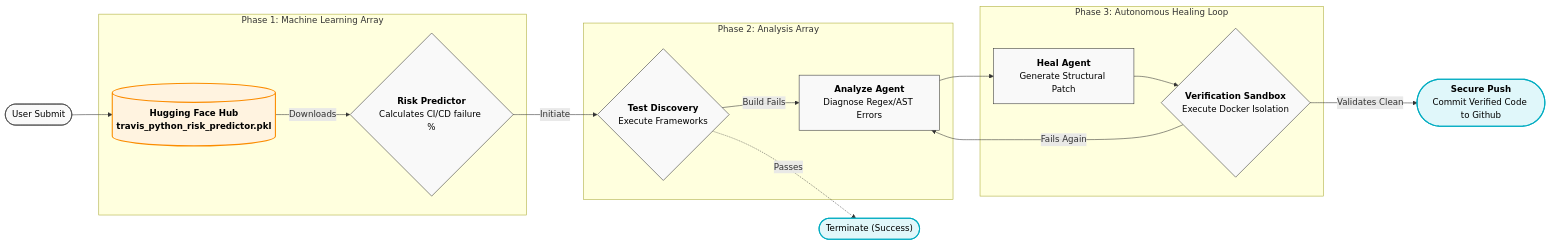
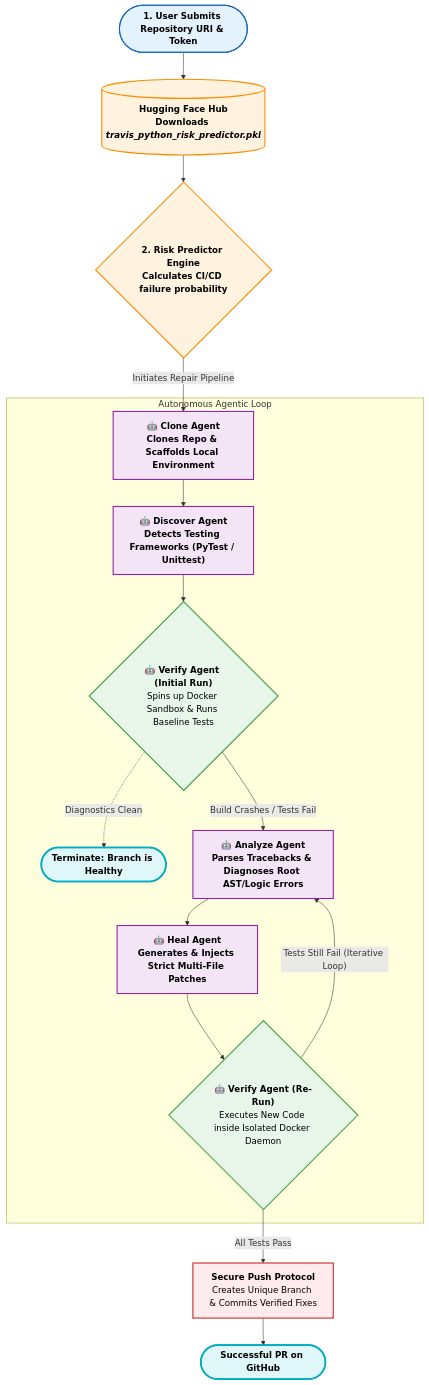
One commit to AshrafGalaxy/Machine_Learning changed the diagram in README.md. Above: the diagram before and after it, drawn with Mermaid.

Commit message:
docs: revert architecture diagram to TD mode and expand explicit multi-agent behaviors

````diff
--- a/README.md
+++ b/README.md
@@ -94,31 +94,38 @@
 ```mermaid
-graph LR
+graph TD
+    classDef user fill:#E3F2FD,stroke:#1565C0,stroke-width:2px,color:black,font-weight:bold
     classDef model fill:#FFF3E0,stroke:#FB8C00,stroke-width:2px,color:black,font-weight:bold
-    classDef default fill:#f9f9f9,stroke:#333,stroke-width:1px,color:black
-    classDef success fill:#E0F7FA,stroke:#00ACC1,stroke-width:2px,color:black
+    classDef agent fill:#F3E5F5,stroke:#8E24AA,stroke-width:2px,color:black,font-weight:bold
+    classDef sandbox fill:#E8F5E9,stroke:#43A047,stroke-width:2px,color:black
+    classDef git fill:#FFEBEE,stroke:#C62828,stroke-width:2px,color:black
+    classDef success fill:#E0F7FA,stroke:#00ACC1,stroke-width:3px,color:black,font-weight:bold
 
-    Sub([User Submit]) --> HF
+    Sub([1. User Submits Repository URI & Token]):::user --> DB
     
-    subgraph Phase 1: Machine Learning Array
-        HF[("<b>Hugging Face Hub</b><br/>travis_python_risk_predictor.pkl")]:::model --> |Downloads| S1
-        S1{"<b>Risk Predictor</b><br/>Calculates CI/CD failure %"}
+    DB[("<b>Hugging Face Hub</b><br/>Downloads <i>travis_python_risk_predictor.pkl</i>")]:::model --> ML
+    
+    ML{"<b>2. Risk Predictor Engine</b><br/>Calculates CI/CD failure probability"}:::model
+    ML --> |Initiates Repair Pipeline| CA
+    
+    subgraph Autonomous Agentic Loop
+        CA["<b>🤖 Clone Agent</b><br/>Clones Repo & Scaffolds Local Environment"]:::agent --> DA
+        
+        DA["<b>🤖 Discover Agent</b><br/>Detects Testing Frameworks (PyTest / Unittest)"]:::agent --> VA1
+        
+        VA1{"<b>🤖 Verify Agent (Initial Run)</b><br/>Spins up Docker Sandbox & Runs Baseline Tests"}:::sandbox
+        
+        VA1 -.-> |"Diagnostics Clean"| YAY(["Terminate: Branch is Healthy"]):::success
+        VA1 --> |"Build Crashes / Tests Fail"| AA
+        
+        AA["<b>🤖 Analyze Agent</b><br/>Parses Tracebacks & Diagnoses Root AST/Logic Errors"]:::agent --> HA
+        
+        HA["<b>🤖 Heal Agent</b><br/>Generates & Injects Strict Multi-File Patches"]:::agent --> VA2
+        
+        VA2{"<b>🤖 Verify Agent (Re-Run)</b><br/>Executes New Code inside Isolated Docker Daemon"}:::sandbox
+        
+        VA2 --> |"Tests Still Fail (Iterative Loop)"| AA
     end
     
-    S1 --> |Initiate| S2
-    
-    subgraph Phase 2: Analysis Array
-        S2{"<b>Test Discovery</b><br/>Execute Frameworks"}
-        S2 -->|"Build Fails"| N2["<b>Analyze Agent</b><br/>Diagnose Regex/AST Errors"]
-    end
-    
-    S2 -.-> |Passes| N1(["Terminate (Success)"]):::success
-    N2 --> S3
-    
-    subgraph Phase 3: Autonomous Healing Loop
-        S3["<b>Heal Agent</b><br/>Generate Structural Patch"] --> S4
-        S4{"<b>Verification Sandbox</b><br/>Execute Docker Isolation"}
-        S4 -->|"Fails Again"| N2
-    end
-    
-    S4 -->|"Validates Clean"| S5(["<b>Secure Push</b><br/>Commit Verified Code to Github"]):::success
+    VA2 --> |"All Tests Pass"| PUSH
+    PUSH["<b>Secure Push Protocol</b><br/>Creates Unique Branch & Commits Verified Fixes"]:::git --> WIN(["Successful PR on GitHub"]):::success
 ```
````
